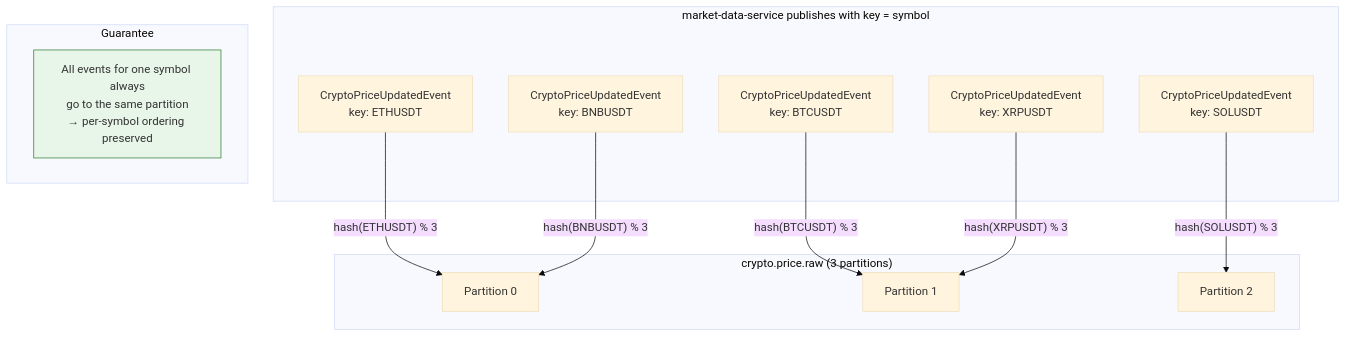
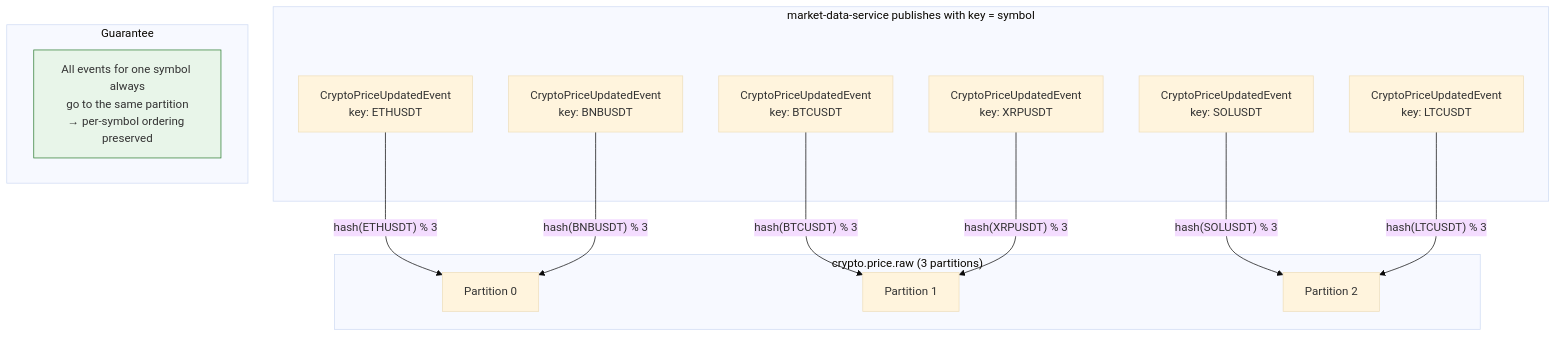
The second of 2 diagrams in docs/diagrams/kafka-topology.md (cyrilgabriele/EDPO-Project-FS26), drawn with Mermaid (base theme) before and after one commit. The commit also changed other lines of this file and 3 other files, not shown here.

````diff
--- a/docs/diagrams/kafka-topology.md
+++ b/docs/diagrams/kafka-topology.md
@@ -47,28 +30,30 @@
 ```mermaid
 graph TD
     subgraph "market-data-service publishes with key = symbol"
         E1["CryptoPriceUpdatedEvent<br/>key: BTCUSDT"]
         E2["CryptoPriceUpdatedEvent<br/>key: ETHUSDT"]
         E3["CryptoPriceUpdatedEvent<br/>key: SOLUSDT"]
         E4["CryptoPriceUpdatedEvent<br/>key: BNBUSDT"]
         E5["CryptoPriceUpdatedEvent<br/>key: XRPUSDT"]
+        E6["CryptoPriceUpdatedEvent<br/>key: LTCUSDT"]
     end
 
     subgraph "crypto.price.raw (3 partitions)"
         P0["Partition 0"]
         P1["Partition 1"]
         P2["Partition 2"]
     end
 
     E1 -->|"hash(BTCUSDT) % 3"| P1
     E2 -->|"hash(ETHUSDT) % 3"| P0
     E3 -->|"hash(SOLUSDT) % 3"| P2
     E4 -->|"hash(BNBUSDT) % 3"| P0
     E5 -->|"hash(XRPUSDT) % 3"| P1
+    E6 -->|"hash(LTCUSDT) % 3"| P2
 
     subgraph "Guarantee"
         G["All events for one symbol always<br/>go to the same partition<br/>→ per-symbol ordering preserved"]
     end
 
     style G fill:#e8f5e9,stroke:#2e7d32
 ```
````
